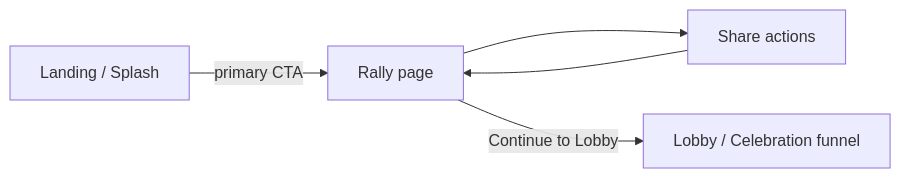
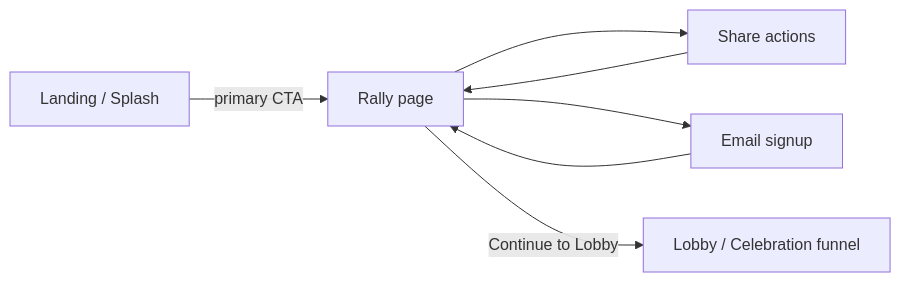
One commit to powerbackus/powerback changed the first of 2 diagrams in specs/rally-page.md. Above: the diagram before and after it, drawn with Mermaid. The commit also changed other lines of this file, not shown here.

Commit message:
Specify Rally email signup flow

````diff
--- a/specs/rally-page.md
+++ b/specs/rally-page.md
@@ -43,12 +43,15 @@
 ```mermaid
 flowchart LR
   Splash[Landing / Splash]
   Rally[Rally page]
   Share[Share actions]
+  Email[Email signup]
   Lobby[Lobby / Celebration funnel]
 
   Splash -->|primary CTA| Rally
   Rally --> Share
+  Rally --> Email
   Rally -->|Continue to Lobby| Lobby
   Share --> Rally
+  Email --> Rally
 ```
````
